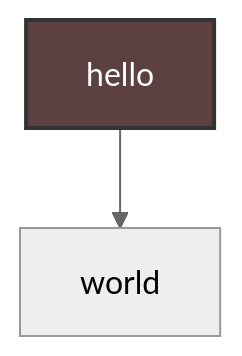
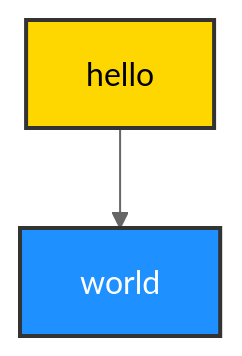
The first of 5 diagrams in docs/readme_details/12_example_use/index.md (ikko/sym), drawn with Mermaid (neutral theme) before and after one commit. The commit also changed other lines of this file and 10 other files, not shown here.

````diff
--- a/docs/readme_details/12_example_use/index.md
+++ b/docs/readme_details/12_example_use/index.md
@@ -27,8 +33,7 @@
 ```mermaid
 graph TD
     A[hello] --> B[world];
 
-    style A fill:#5d4140,stroke:#333,stroke-width:2px,color:#FFFFFF;
-
-    style A fill:#5d4140,stroke:#333,stroke-width:2px,color:#FFFFFF;
+    style A fill:#FFD700,stroke:#333,stroke-width:2px,color:#000000;
+    style B fill:#1E90FF,stroke:#333,stroke-width:2px,color:#FFFFFF;
 ```
````
